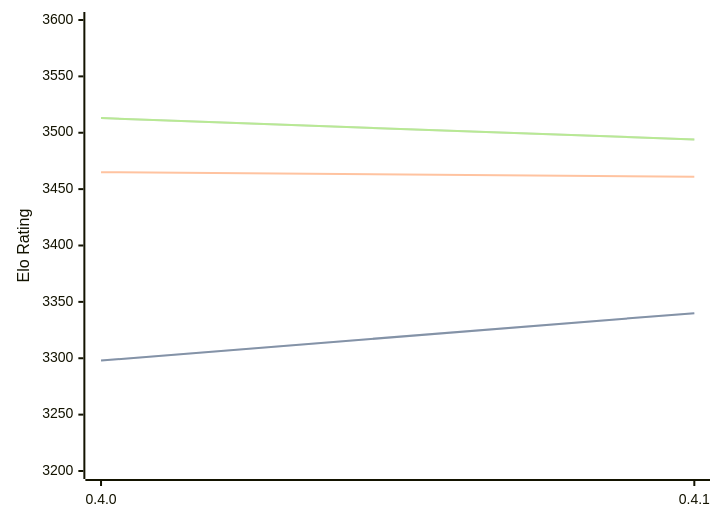
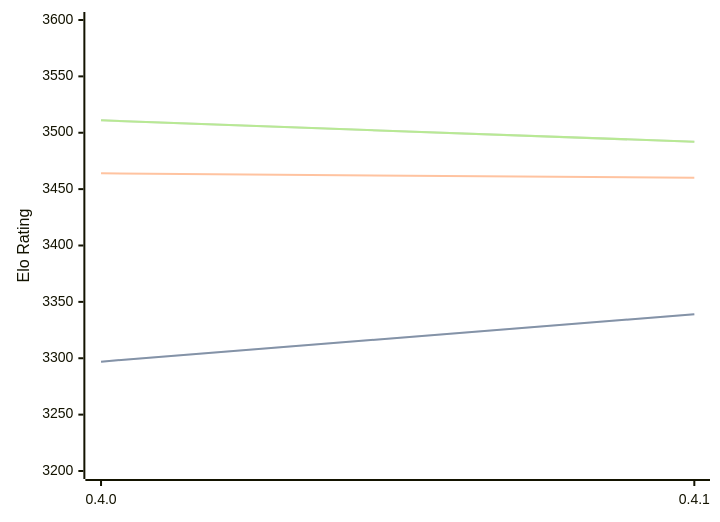
Before and after one commit to computer-chess-index/cci: the diagram in engines/Cinder.md, drawn with Mermaid. The commit also changed other lines of this file, not shown here.

Commit message:
Update CCI Ratings (ELO VLTC) - 2026-06-07

````diff
--- a/engines/Cinder.md
+++ b/engines/Cinder.md
@@ -40,11 +40,11 @@
 ```mermaid
 %%{init: {"theme":"base","themeVariables":{"seriesColors:['#a3a3a3','#222221','#faa371']}}}%%
 xychart-beta
   x-axis ["0.4.0", "0.4.1"]
   y-axis "Elo Rating" 3200 --> 3600
-  line "STC (8.0+0.08s)" [3298, 3340]
-  line "STC (8.0+0.08s)" [3298, 3340]
-  line "LTC (60.0+0.60s)" [3465, 3461]
-  line "VLTC (2m24s+1.12s)" [3513, 3494]
-  line "VLTC (2m24s+1.12s)" [3513, 3494]
+  line "STC (8.0+0.08s)" [3297, 3339]
+  line "STC (8.0+0.08s)" [3297, 3339]
+  line "LTC (60.0+0.60s)" [3464, 3460]
+  line "VLTC (2m24s+1.12s)" [3511, 3492]
+  line "VLTC (2m24s+1.12s)" [3511, 3492]
 ```
````
